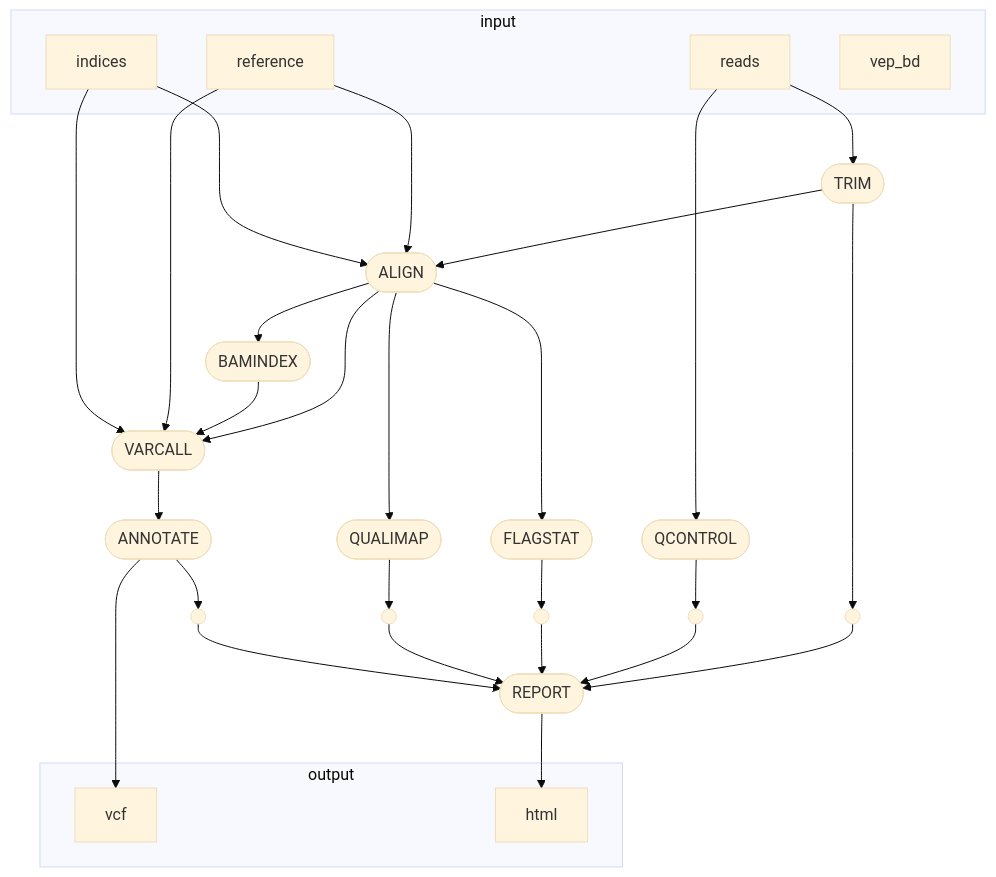
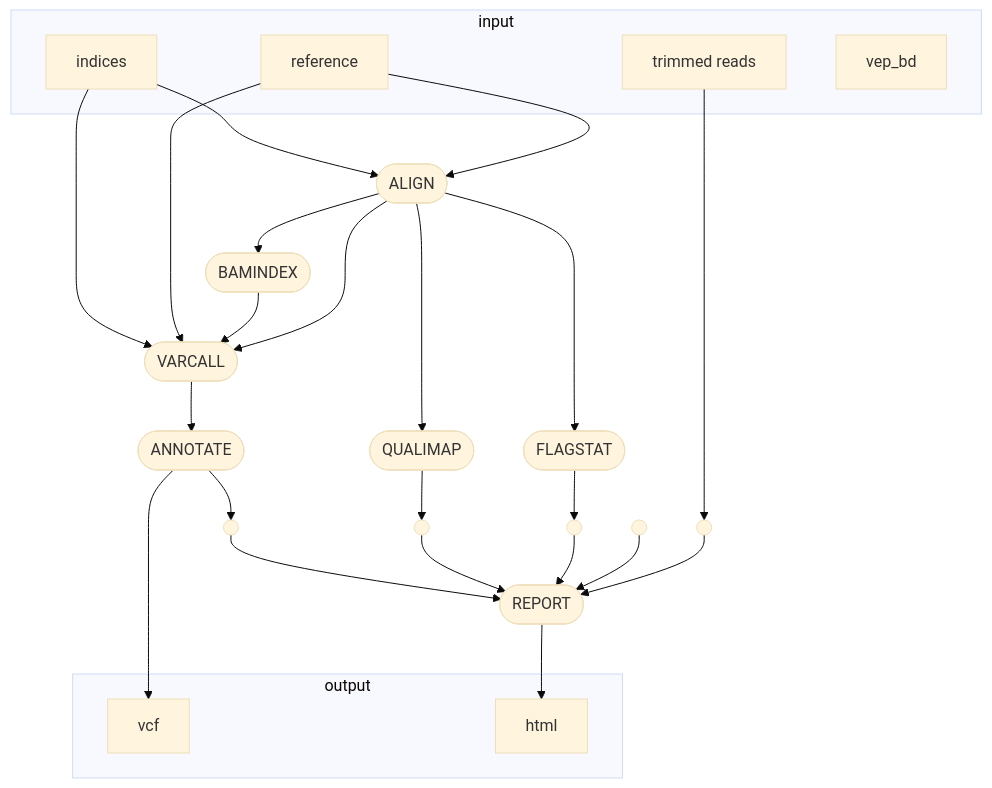
The diagram in README.md (glebus-sasha/octopus_nf), drawn with Mermaid before and after one commit.

````diff
--- a/README.md
+++ b/README.md
@@ -5,53 +5,47 @@
 ```mermaid
 %%{init: {'theme':'base'}}%%
 flowchart TB
     subgraph "input"
-    v0["reads"]
+    v0["trimmed reads"]
     v1["reference"]
     v30["indices"]
     v31["vep_bd"]
     end
-    v3([QCONTROL])
     subgraph "output"
     v18["vcf"]
     v25["html"]
     end
-    v5([TRIM])
     v8([ALIGN])
     v9([FLAGSTAT])
     v10([QUALIMAP])
     v13([BAMINDEX])
     v14([VARCALL])
     v17([ANNOTATE])
     v24([REPORT])
     v19(( ))
     v20(( ))
     v21(( ))
     v22(( ))
     v23(( ))
-    v0 --> v3
-    v0 --> v5
-    v3 --> v20
-    v5 --> v8
-    v5 --> v19
+    v0 --> v19
     v1 --> v8
     v30 --> v8
     v8 --> v9
     v8 --> v10
     v8 --> v13
     v8 --> v14
     v9 --> v21
     v10 --> v22
     v13 --> v14
     v1 --> v14
     v14 --> v17
     v17 --> v18
     v17 --> v23
     v19 --> v24
     v20 --> v24
     v30 --> v14
     v21 --> v24
     v22 --> v24
     v23 --> v24
     v24 --> v25
 ```
````
